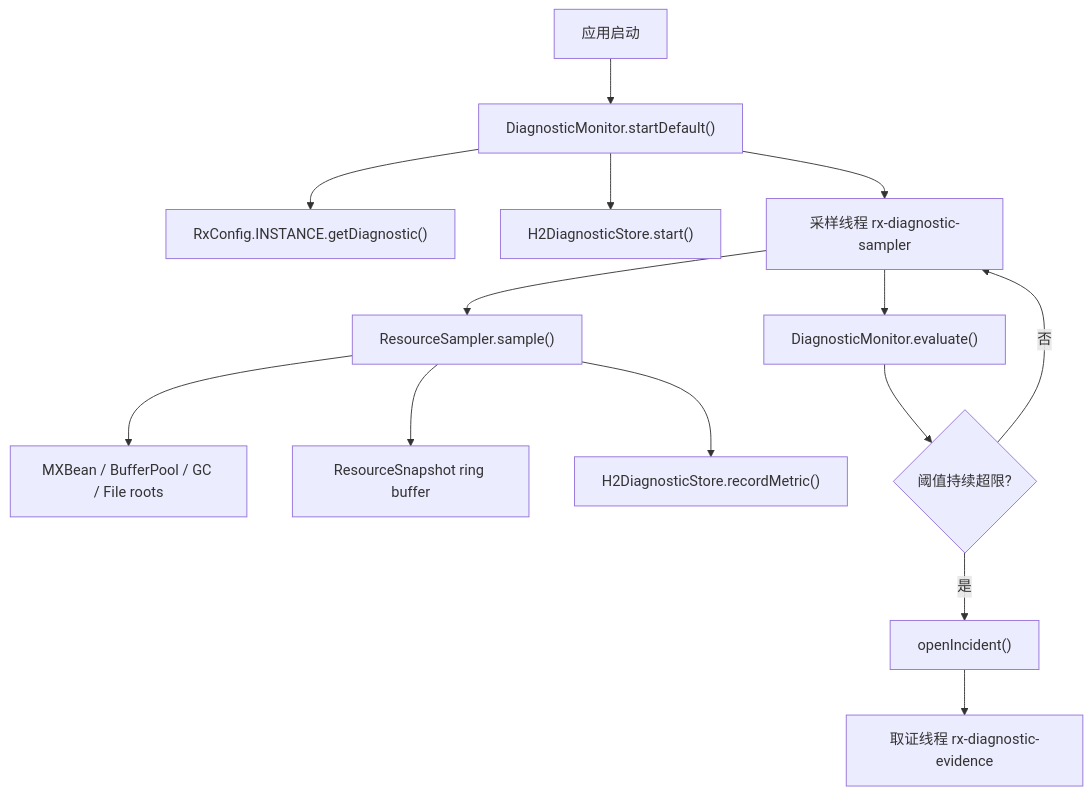
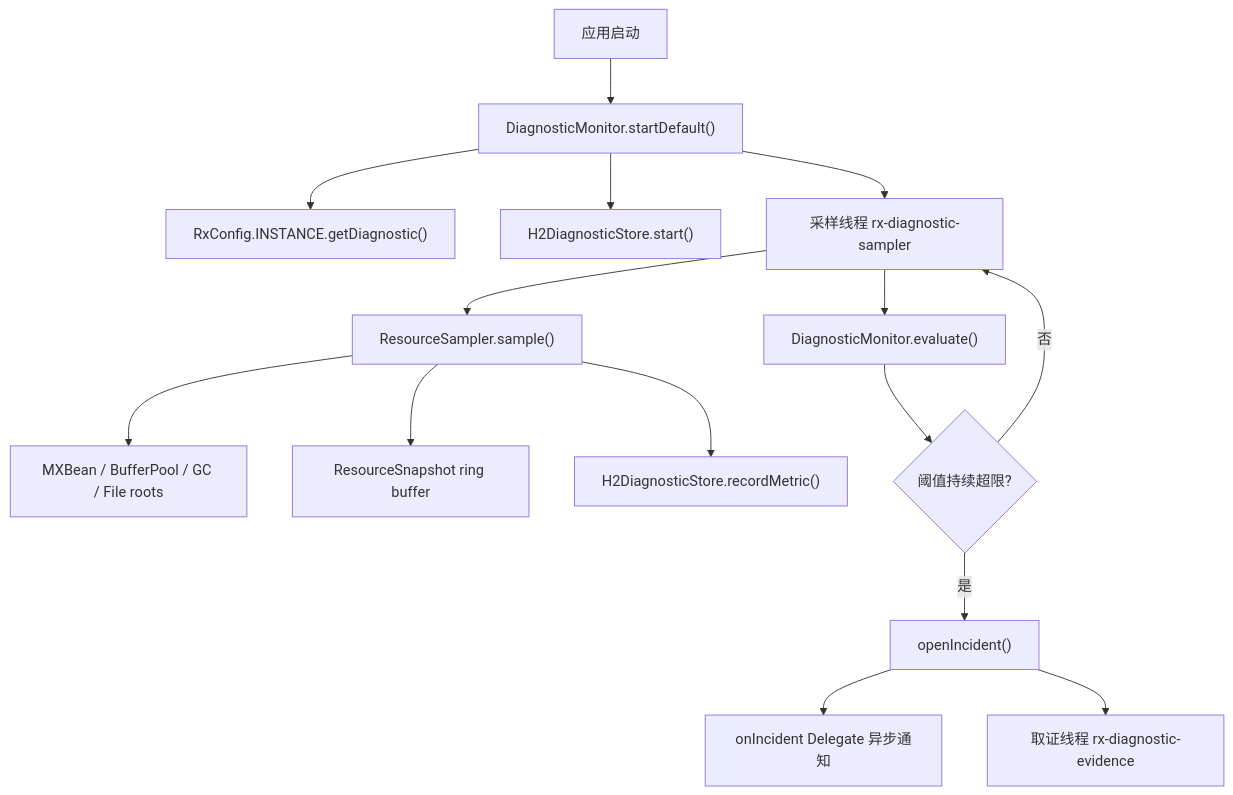
One commit to RockyLOMO/rxlib changed the first of 4 diagrams in docs/ProductionStackTraceMonitorPlan.md. Above: the diagram before and after it, drawn with Mermaid. The commit also changed other lines of this file and 17 other files, not shown here.

````diff
--- a/docs/ProductionStackTraceMonitorPlan.md
+++ b/docs/ProductionStackTraceMonitorPlan.md
@@ -204,16 +238,17 @@
 ```mermaid
 flowchart TD
     A["应用启动"] --> B["DiagnosticMonitor.startDefault()"]
     B --> C["RxConfig.INSTANCE.getDiagnostic()"]
     B --> D["H2DiagnosticStore.start()"]
     B --> E["采样线程 rx-diagnostic-sampler"]
     E --> F["ResourceSampler.sample()"]
     F --> G["MXBean / BufferPool / GC / File roots"]
     F --> H["ResourceSnapshot ring buffer"]
     F --> I["H2DiagnosticStore.recordMetric()"]
     E --> J["DiagnosticMonitor.evaluate()"]
     J --> K{"阈值持续超限?"}
     K -->|否| E
     K -->|是| L["openIncident()"]
-    L --> M["取证线程 rx-diagnostic-evidence"]
+    L --> M["onIncident Delegate 异步通知"]
+    L --> N["取证线程 rx-diagnostic-evidence"]
 ```
````
